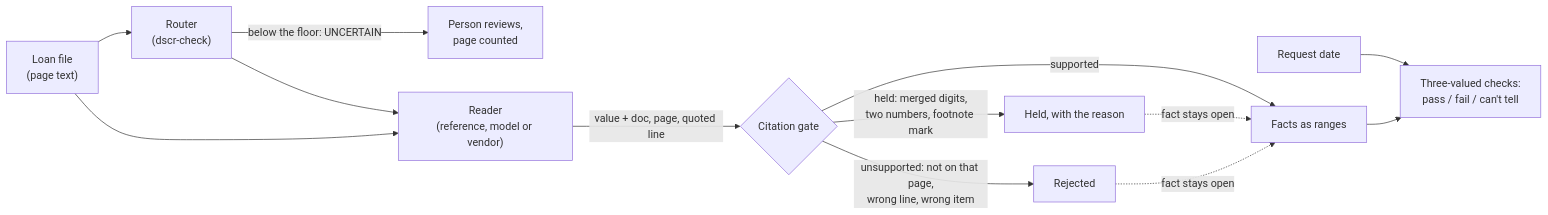
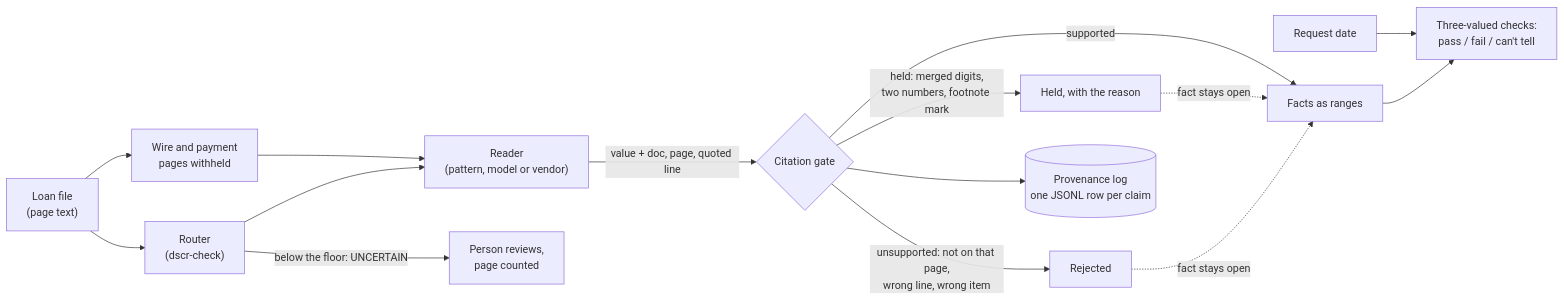
The diagram in README.md (woodbeary/groundcheck), drawn with Mermaid before and after one commit. The commit also changed other lines of this file and 2 other files, not shown here.

````diff
--- a/README.md
+++ b/README.md
@@ -51,15 +60,17 @@
 ```mermaid
 flowchart LR
-  F["Loan file<br/>(page text)"] --> RT["Router<br/>(dscr-check)"]
+  F["Loan file<br/>(page text)"] --> M["Wire and payment<br/>pages withheld"]
+  M --> R["Reader<br/>(pattern, model or vendor)"]
+  F --> RT["Router<br/>(dscr-check)"]
   RT -->|"below the floor: UNCERTAIN"| P["Person reviews,<br/>page counted"]
-  RT --> R["Reader<br/>(reference, model or vendor)"]
-  F --> R
+  RT --> R
   R -->|"value + doc, page, quoted line"| G{"Citation gate"}
   G -->|"supported"| X["Facts as ranges"]
   G -->|"held: merged digits,<br/>two numbers, footnote mark"| H["Held, with the reason"]
   G -->|"unsupported: not on that page,<br/>wrong line, wrong item"| U["Rejected"]
   H -. "fact stays open" .-> X
   U -. "fact stays open" .-> X
+  G --> L[("Provenance log<br/>one JSONL row per claim")]
   D["Request date"] --> C
   X --> C["Three-valued checks:<br/>pass / fail / can't tell"]
 ```
````
